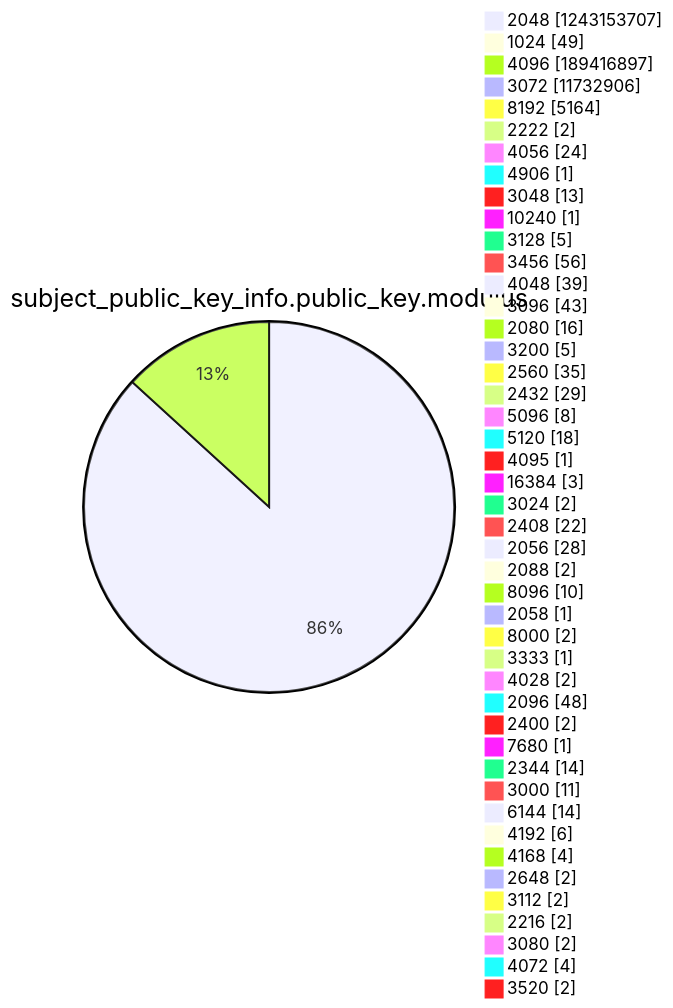
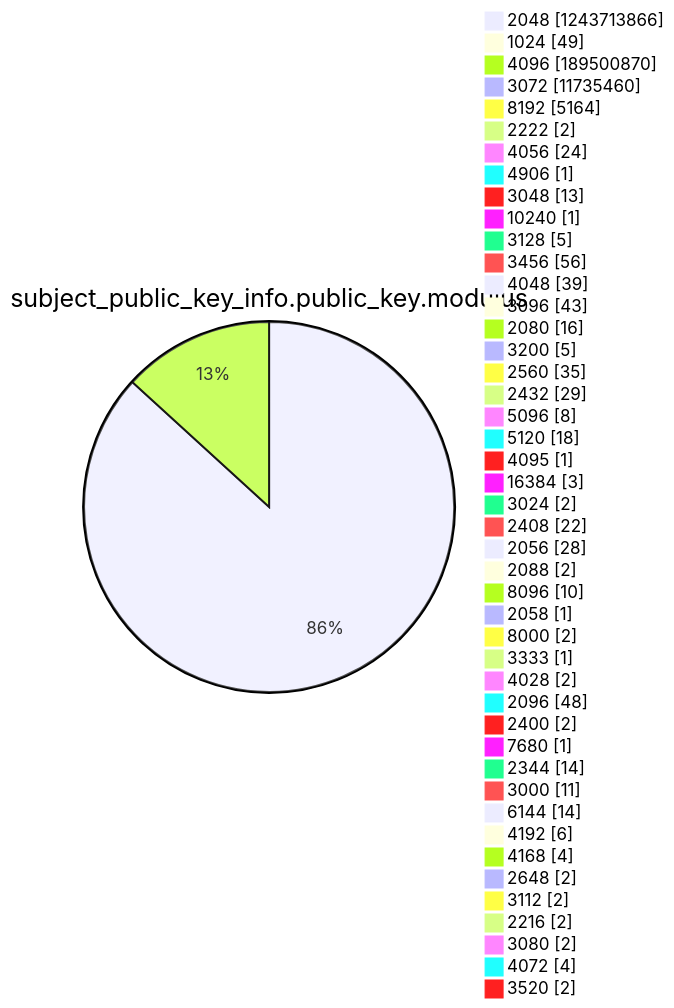
Diagram 13 of 15 in xenon2022/README.md (christiankrug/ctmonitor_visualization), drawn with Mermaid before and after one commit. The commit also changed other lines of this file, not shown here.

````diff
--- a/xenon2022/README.md
+++ b/xenon2022/README.md
@@ -3918,49 +3918,49 @@
 ```mermaid
 pie showData
 title subject_public_key_info.public_key.modulus
-"2048" :1243153707
+"2048" :1243713866
 "1024" :49
-"4096" :189416897
-"3072" :11732906
+"4096" :189500870
+"3072" :11735460
 "8192" :5164
 "2222" :2
 "4056" :24
 "4906" :1
 "3048" :13
 "10240" :1
 "3128" :5
 "3456" :56
 "4048" :39
 "3096" :43
 "2080" :16
 "3200" :5
 "2560" :35
 "2432" :29
 "5096" :8
 "5120" :18
 "4095" :1
 "16384" :3
 "3024" :2
 "2408" :22
 "2056" :28
 "2088" :2
 "8096" :10
 "2058" :1
 "8000" :2
 "3333" :1
 "4028" :2
 "2096" :48
 "2400" :2
 "7680" :1
 "2344" :14
 "3000" :11
 "6144" :14
 "4192" :6
 "4168" :4
 "2648" :2
 "3112" :2
 "2216" :2
 "3080" :2
 "4072" :4
 "3520" :2
 ```
````
